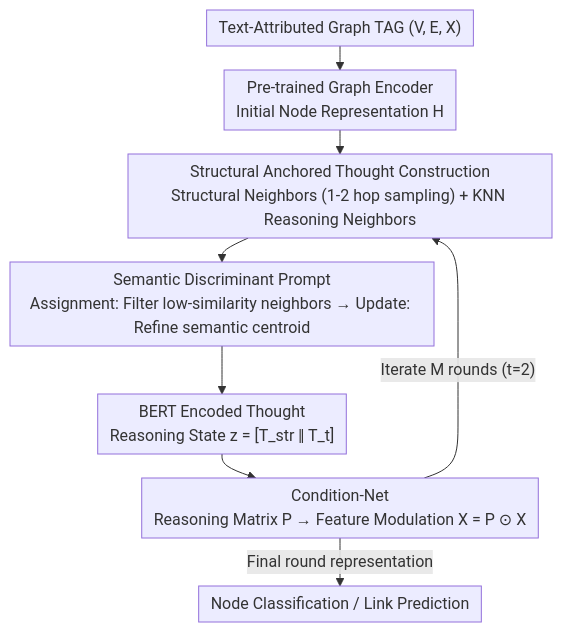
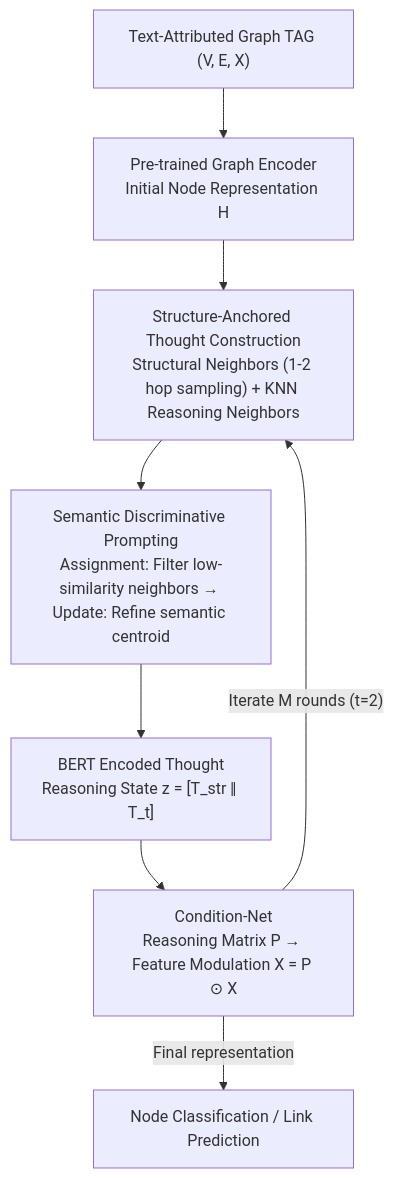
The diagram in docs/ICML2026/llm_reasoning/clustering_as_reasoning_a_k-means_interpretation_of_chain-of-thought_graph_learn.md (zhaoyang97/Paper-Notes-en), drawn with Mermaid before and after one commit. The commit also changed other lines of this file and 5084 other files, not shown here.

````diff
--- a/docs/ICML2026/llm_reasoning/clustering_as_reasoning_a_k-means_interpretation_of_chain-of-thought_graph_learn.md
+++ b/docs/ICML2026/llm_reasoning/clustering_as_reasoning_a_k-means_interpretation_of_chain-of-thought_graph_learn.md
@@ -44,11 +44,10 @@
 ```mermaid
-%%{init: {'flowchart': {'rankSpacing': 24, 'nodeSpacing': 28, 'padding': 6, 'wrappingWidth': 400}}}%%
-flowchart TD
+graph TD
     A["Text-Attributed Graph TAG (V, E, X)"] --> B["Pre-trained Graph Encoder<br/>Initial Node Representation H"]
-    B --> C["Structural Anchored Thought Construction<br/>Structural Neighbors (1-2 hop sampling) + KNN Reasoning Neighbors"]
-    C --> D["Semantic Discriminant Prompt<br/>Assignment: Filter low-similarity neighbors → Update: Refine semantic centroid"]
+    B --> C["Structure-Anchored Thought Construction<br/>Structural Neighbors (1-2 hop sampling) + KNN Reasoning Neighbors"]
+    C --> D["Semantic Discriminative Prompting<br/>Assignment: Filter low-similarity neighbors → Update: Refine semantic centroid"]
     D --> E["BERT Encoded Thought<br/>Reasoning State z = [T_str ‖ T_t]"]
     E --> F["Condition-Net<br/>Reasoning Matrix P → Feature Modulation X = P ⊙ X"]
     F -->|"Iterate M rounds (t=2)"| C
-    F -->|"Final round representation"| G["Node Classification / Link Prediction"]
+    F -->|"Final representation"| G["Node Classification / Link Prediction"]
 ```
````
